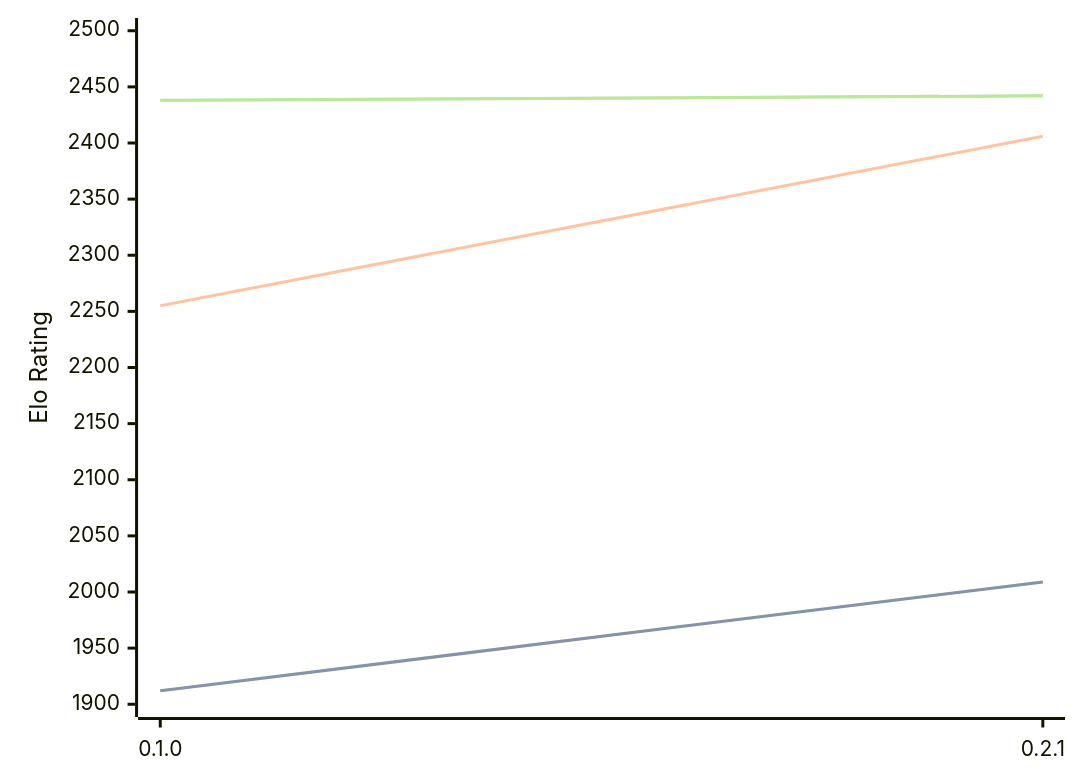
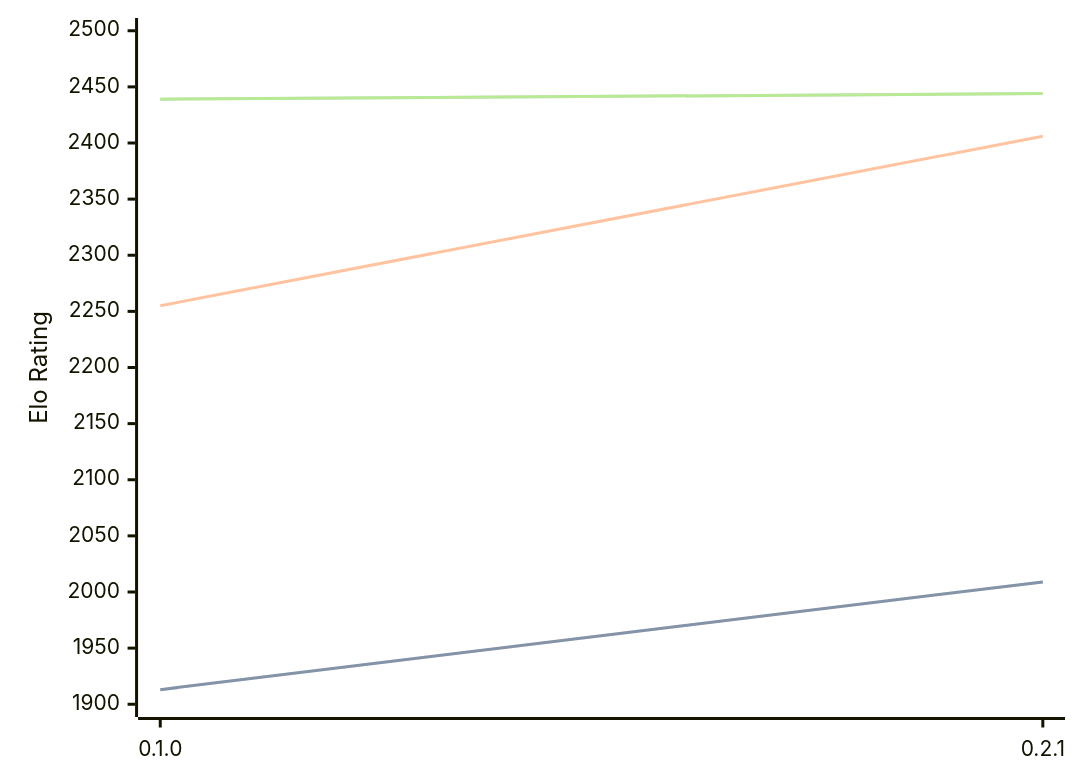
The diagram in engines/Sykora.md (computer-chess-index/cci), drawn with Mermaid before and after one commit. The commit also changed other lines of this file, not shown here.

Commit message:
Update CCI Ratings (ELO VLTC) - 2026-03-21

````diff
--- a/engines/Sykora.md
+++ b/engines/Sykora.md
@@ -32,11 +32,11 @@
 ```mermaid
 %%{init: {"theme":"base","themeVariables":{"seriesColors:['#a3a3a3','#222221','#faa371']}}}%%
 xychart-beta
   x-axis ["0.1.0", "0.2.1"]
   y-axis "Elo Rating" 1900 --> 2500
-  line "STC (8.0+0.08s)" [1912, 2009]
-  line "STC (8.0+0.08s)" [1912, 2009]
+  line "STC (8.0+0.08s)" [1913, 2009]
+  line "STC (8.0+0.08s)" [1913, 2009]
   line "LTC (60.0+0.60s)" [2255, 2406]
-  line "VLTC (2m24s+1.12s)" [2438, 2442]
-  line "VLTC (2m24s+1.12s)" [2438, 2442]
+  line "VLTC (2m24s+1.12s)" [2439, 2444]
+  line "VLTC (2m24s+1.12s)" [2439, 2444]
 ```
````
